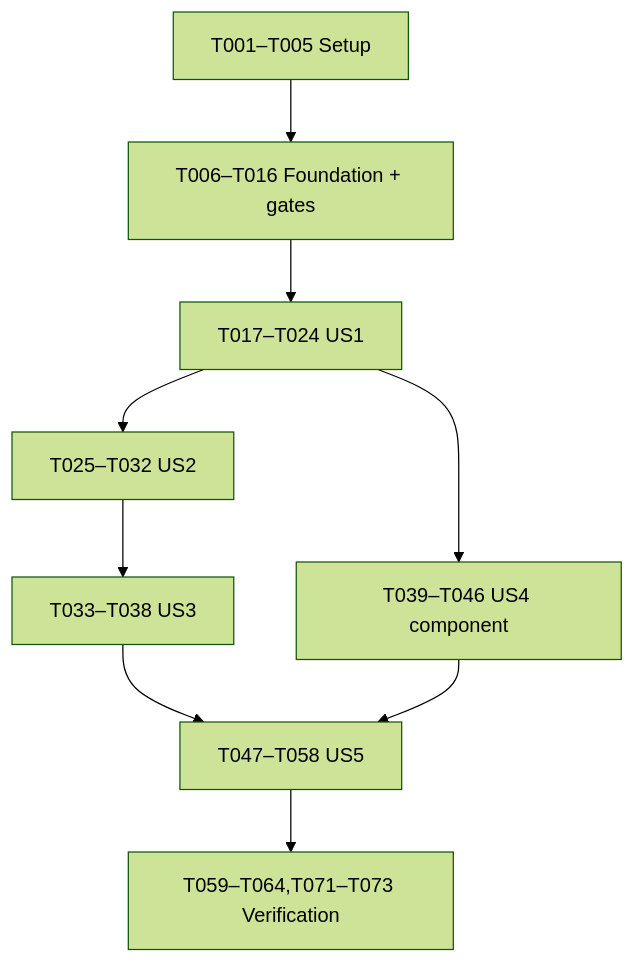
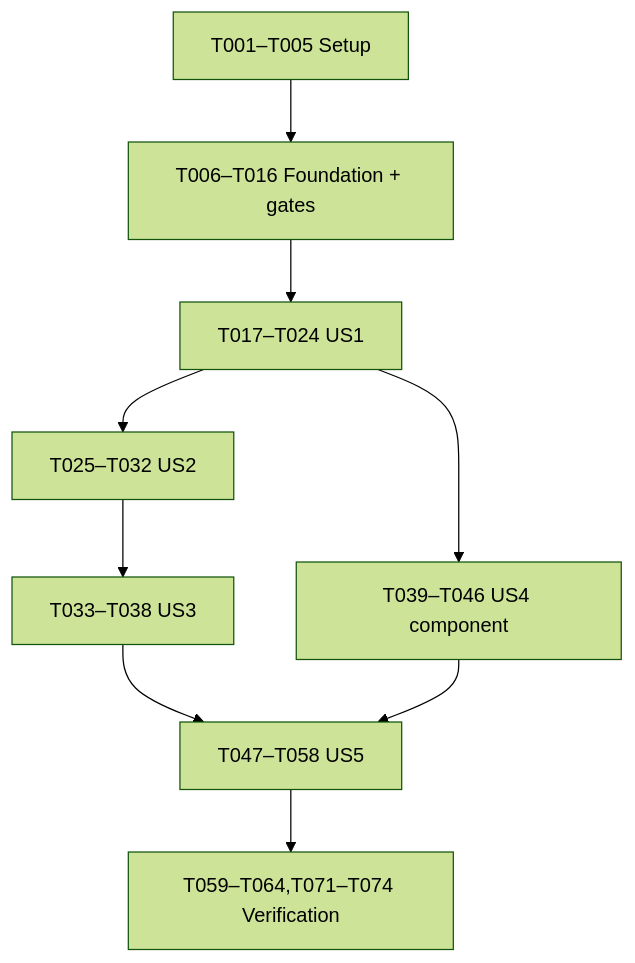
Before and after one commit to HuyDoDevv/student-topic-management: the diagram in specs/001-topic-registration/tasks.md, drawn with Mermaid (forest theme). The commit also changed other lines of this file and 10 other files, not shown here.

````diff
--- a/specs/001-topic-registration/tasks.md
+++ b/specs/001-topic-registration/tasks.md
@@ -249,11 +251,11 @@
 ```mermaid
 flowchart TD
   S["T001–T005 Setup"] --> F["T006–T016 Foundation + gates"]
   F --> U1["T017–T024 US1"]
   U1 --> U2["T025–T032 US2"]
   U2 --> U3["T033–T038 US3"]
   U1 --> U4["T039–T046 US4 component"]
   U3 --> U5["T047–T058 US5"]
   U4 --> U5
-  U5 --> P["T059–T064,T071–T073 Verification"]
+  U5 --> P["T059–T064,T071–T074 Verification"]
 ```
````
